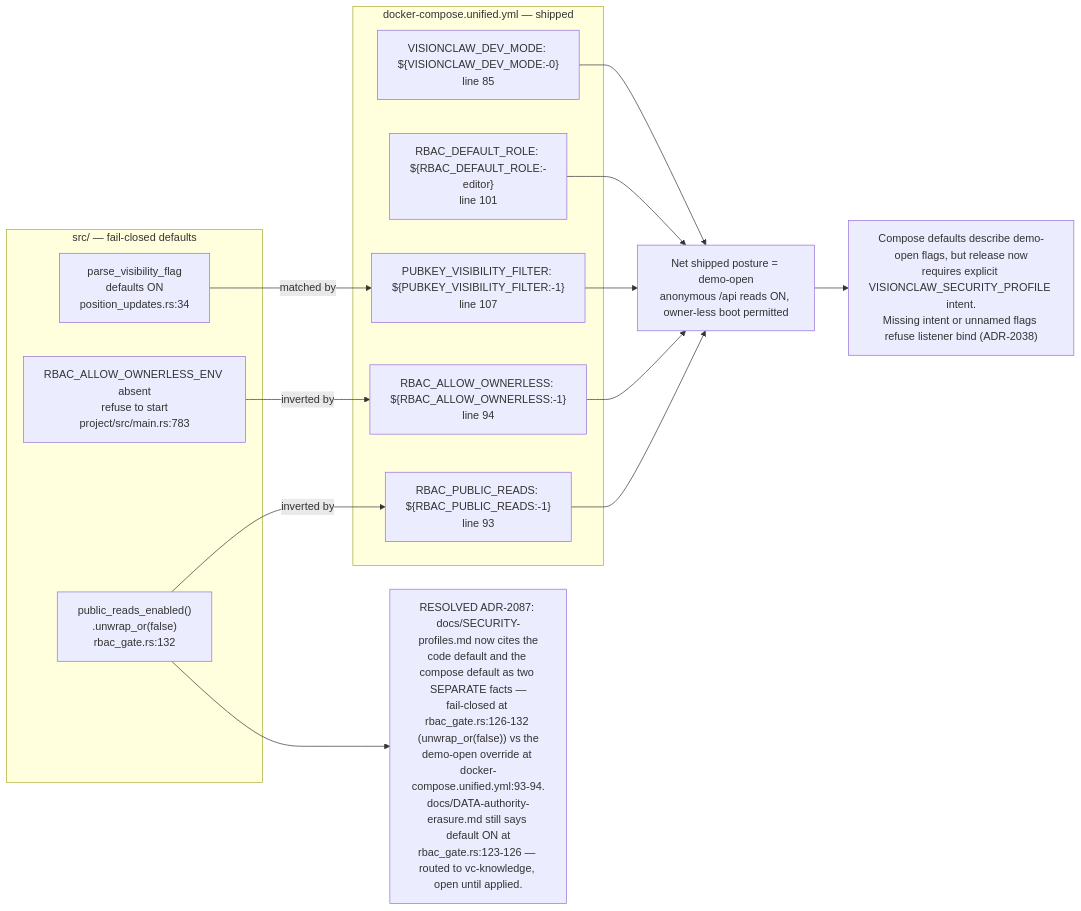
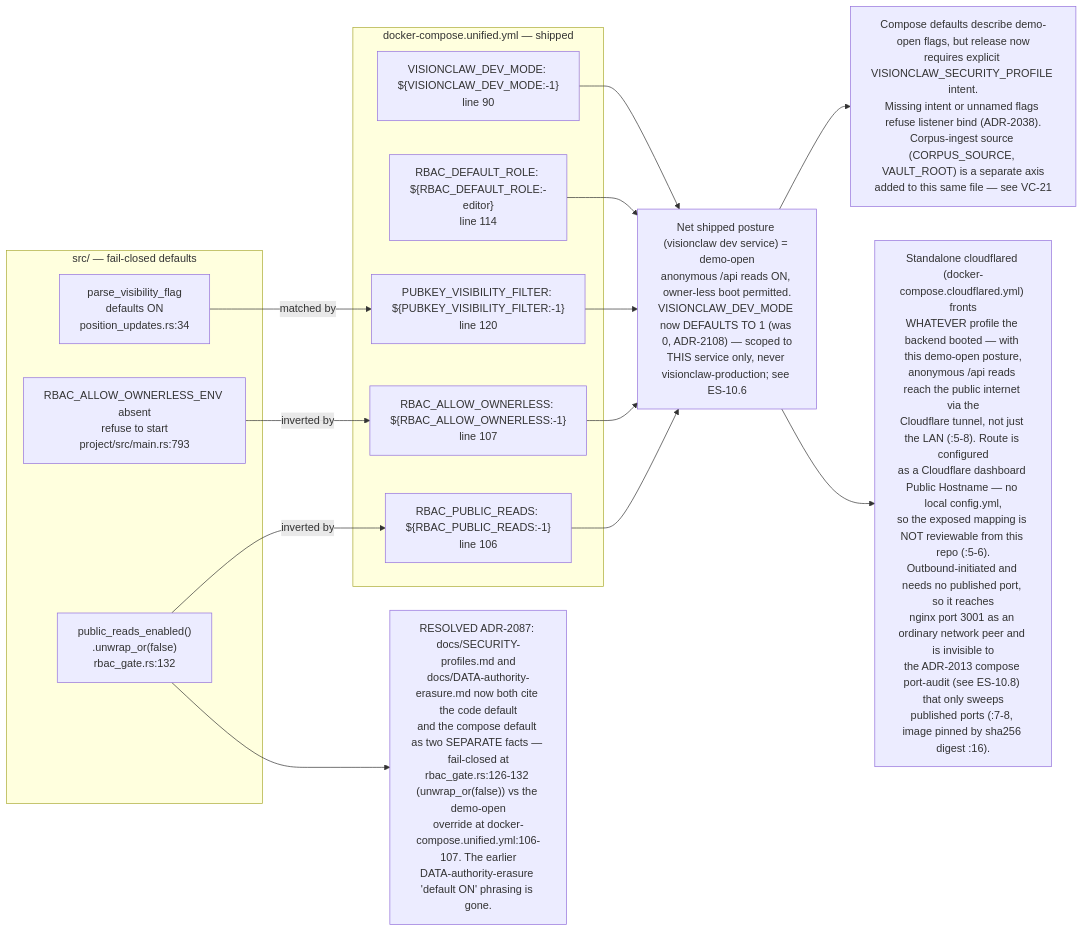
One commit to DreamLab-AI/VisionFlow changed the third of 10 diagrams in docs/diagrams/estate/10-deployment-and-security-profiles.md. Above: the diagram before and after it, drawn with Mermaid. The commit also changed other lines of this file and 136 other files, not shown here.

First line of the commit message:
docs(diagrams): refresh the whole corpus to code HEAD and prune low-value diagrams

````diff
--- a/docs/diagrams/estate/10-deployment-and-security-profiles.md
+++ b/docs/diagrams/estate/10-deployment-and-security-profiles.md
@@ -130,29 +130,31 @@
 ```mermaid
 flowchart LR
     subgraph codeside["src/ — fail-closed defaults"]
         A1["public_reads_enabled()<br/>.unwrap_or(false)<br/>rbac_gate.rs:132"]
-        A2["RBAC_ALLOW_OWNERLESS_ENV absent<br/>refuse to start<br/>project/src/main.rs:783"]
+        A2["RBAC_ALLOW_OWNERLESS_ENV absent<br/>refuse to start<br/>project/src/main.rs:793"]
         A3["parse_visibility_flag<br/>defaults ON<br/>position_updates.rs:34"]
     end
     subgraph composeside["docker-compose.unified.yml — shipped"]
-        B1["RBAC_PUBLIC_READS: ${RBAC_PUBLIC_READS:-1}<br/>line 93"]
-        B2["RBAC_ALLOW_OWNERLESS: ${RBAC_ALLOW_OWNERLESS:-1}<br/>line 94"]
-        B3["PUBKEY_VISIBILITY_FILTER: ${PUBKEY_VISIBILITY_FILTER:-1}<br/>line 107"]
-        B4["RBAC_DEFAULT_ROLE: ${RBAC_DEFAULT_ROLE:-editor}<br/>line 101"]
-        B5["VISIONCLAW_DEV_MODE: ${VISIONCLAW_DEV_MODE:-0}<br/>line 85"]
+        B1["RBAC_PUBLIC_READS: ${RBAC_PUBLIC_READS:-1}<br/>line 106"]
+        B2["RBAC_ALLOW_OWNERLESS: ${RBAC_ALLOW_OWNERLESS:-1}<br/>line 107"]
+        B3["PUBKEY_VISIBILITY_FILTER: ${PUBKEY_VISIBILITY_FILTER:-1}<br/>line 120"]
+        B4["RBAC_DEFAULT_ROLE: ${RBAC_DEFAULT_ROLE:-editor}<br/>line 114"]
+        B5["VISIONCLAW_DEV_MODE: ${VISIONCLAW_DEV_MODE:-1}<br/>line 90"]
     end
-    NET["Net shipped posture = demo-open<br/>anonymous /api reads ON, owner-less boot permitted"]
-    DRIFT1["Compose defaults describe demo-open flags, but release now<br/>requires explicit VISIONCLAW_SECURITY_PROFILE intent.<br/>Missing intent or unnamed flags refuse listener bind (ADR-2038)"]
-    DRIFT2["RESOLVED ADR-2087: docs/SECURITY-profiles.md now cites the<br/>code default and the compose default as two SEPARATE facts —<br/>fail-closed at rbac_gate.rs:126-132 (unwrap_or(false)) vs the<br/>demo-open override at docker-compose.unified.yml:93-94.<br/>docs/DATA-authority-erasure.md still says default ON at<br/>rbac_gate.rs:123-126 — routed to vc-knowledge, open until applied."]
+    NET["Net shipped posture (visionclaw dev service) = demo-open<br/>anonymous /api reads ON, owner-less boot permitted.<br/>VISIONCLAW_DEV_MODE now DEFAULTS TO 1 (was 0, ADR-2108) — scoped to<br/>THIS service only, never visionclaw-production; see ES-10.6"]
+    DRIFT1["Compose defaults describe demo-open flags, but release now<br/>requires explicit VISIONCLAW_SECURITY_PROFILE intent.<br/>Missing intent or unnamed flags refuse listener bind (ADR-2038).<br/>Corpus-ingest source (CORPUS_SOURCE, VAULT_ROOT) is a separate axis<br/>added to this same file — see VC-21"]
+    DRIFT2["RESOLVED ADR-2087: docs/SECURITY-profiles.md and<br/>docs/DATA-authority-erasure.md now both cite the code default<br/>and the compose default as two SEPARATE facts — fail-closed at<br/>rbac_gate.rs:126-132 (unwrap_or(false)) vs the demo-open<br/>override at docker-compose.unified.yml:106-107. The earlier<br/>DATA-authority-erasure 'default ON' phrasing is gone."]
+    CFT["Standalone cloudflared (docker-compose.cloudflared.yml) fronts<br/>WHATEVER profile the backend booted — with this demo-open posture,<br/>anonymous /api reads reach the public internet via the<br/>Cloudflare tunnel, not just the LAN (:5-8). Route is configured<br/>as a Cloudflare dashboard Public Hostname — no local config.yml,<br/>so the exposed mapping is NOT reviewable from this repo (:5-6).<br/>Outbound-initiated and needs no published port, so it reaches<br/>nginx port 3001 as an ordinary network peer and is invisible to<br/>the ADR-2013 compose port-audit (see ES-10.8) that only sweeps<br/>published ports (:7-8, image pinned by sha256 digest :16)."]
 
     A1 -- "inverted by" --> B1
     A2 -- "inverted by" --> B2
     A3 -- "matched by" --> B3
     B1 --> NET
     B2 --> NET
     B3 --> NET
     B4 --> NET
     B5 --> NET
     NET --> DRIFT1
+    NET --> CFT
     A1 --> DRIFT2
 ```
````
